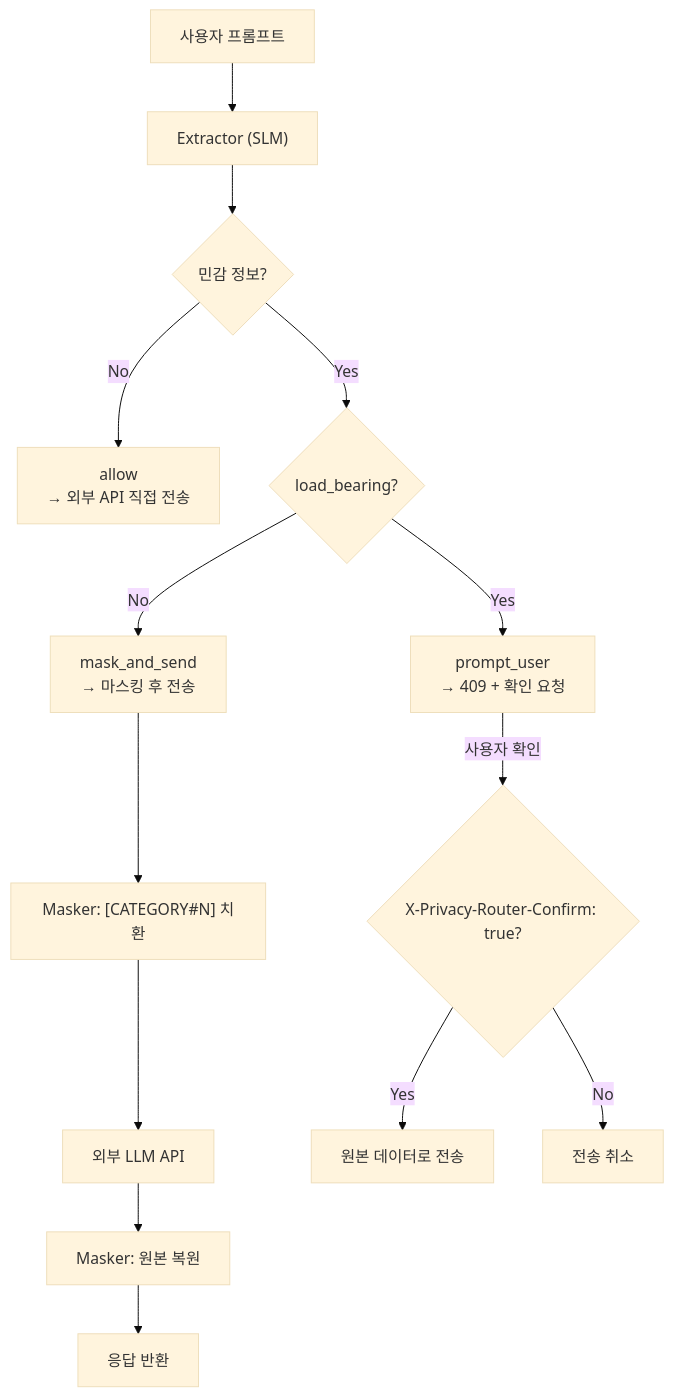
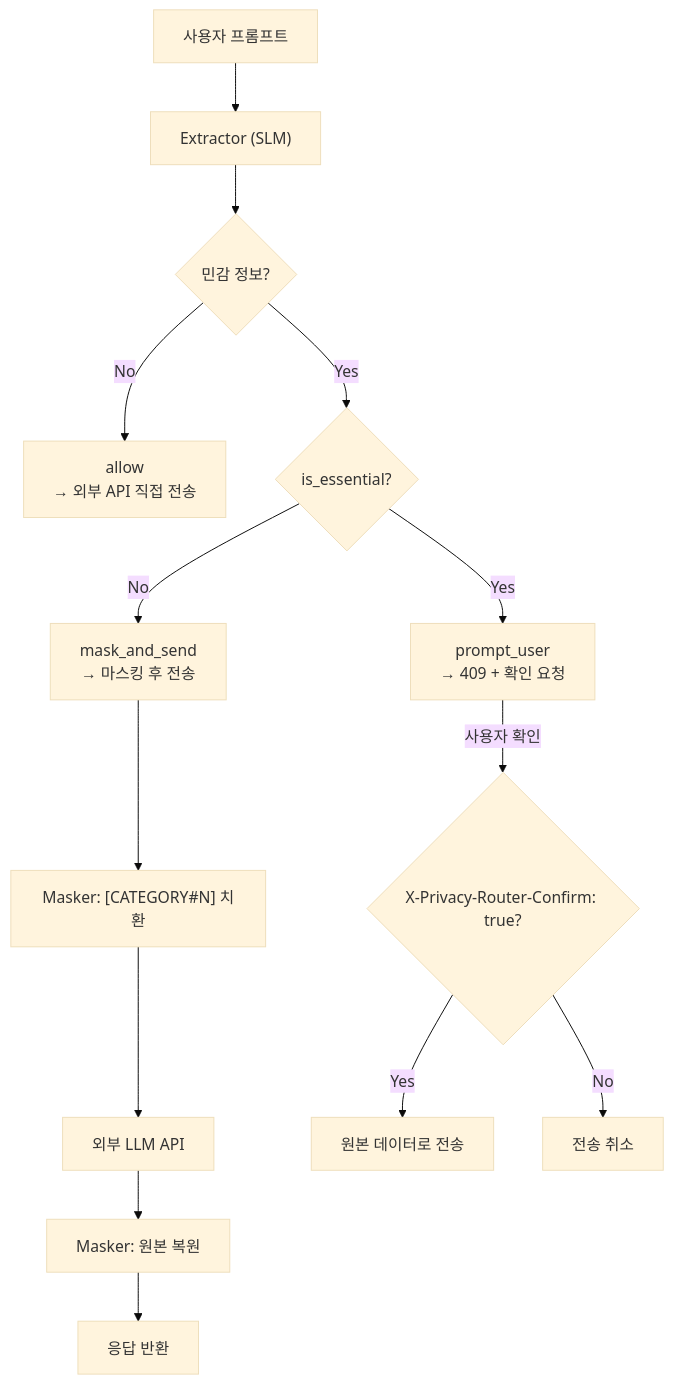
One commit to lincolnkerry/Generative-AI-Blockchain-2026 changed the third of 5 diagrams in code/docs/architectures/ARCHITECTURE.md. Above: the diagram before and after it, drawn with Mermaid (base theme). The commit also changed other lines of this file and 21 other files, not shown here.

````diff
--- a/code/docs/architectures/ARCHITECTURE.md
+++ b/code/docs/architectures/ARCHITECTURE.md
@@ -186,16 +186,16 @@
 ```mermaid
 flowchart TD
     A["사용자 프롬프트"] --> B["Extractor (SLM)"]
     B --> C{"민감 정보?"}
     C -->|No| D["allow<br/>→ 외부 API 직접 전송"]
-    C -->|Yes| E{"load_bearing?"}
+    C -->|Yes| E{"is_essential?"}
     E -->|Yes| F["prompt_user<br/>→ 409 + 확인 요청"]
     E -->|No| G["mask_and_send<br/>→ 마스킹 후 전송"]
     G --> H["Masker: [CATEGORY#N] 치환"]
     H --> I["외부 LLM API"]
     I --> J["Masker: 원본 복원"]
     J --> K["응답 반환"]
     F -->|사용자 확인| L{"X-Privacy-Router-Confirm: true?"}
     L -->|Yes| M["원본 데이터로 전송"]
     L -->|No| N["전송 취소"]
 ```
````
